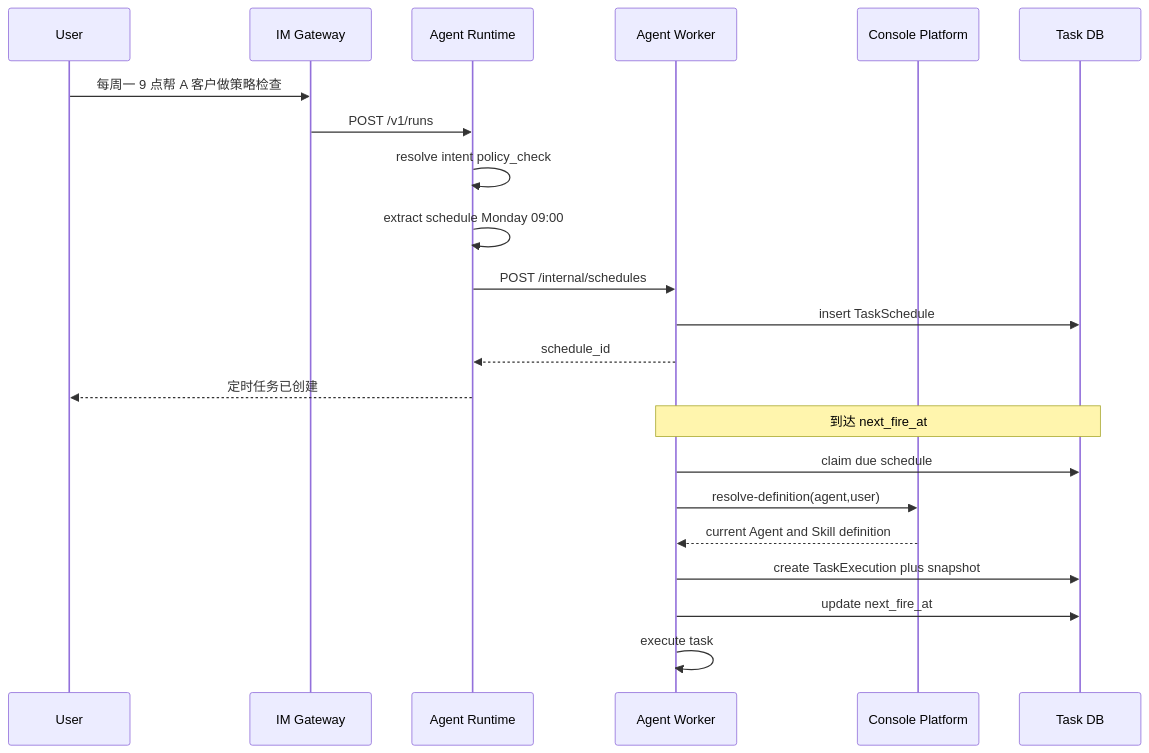
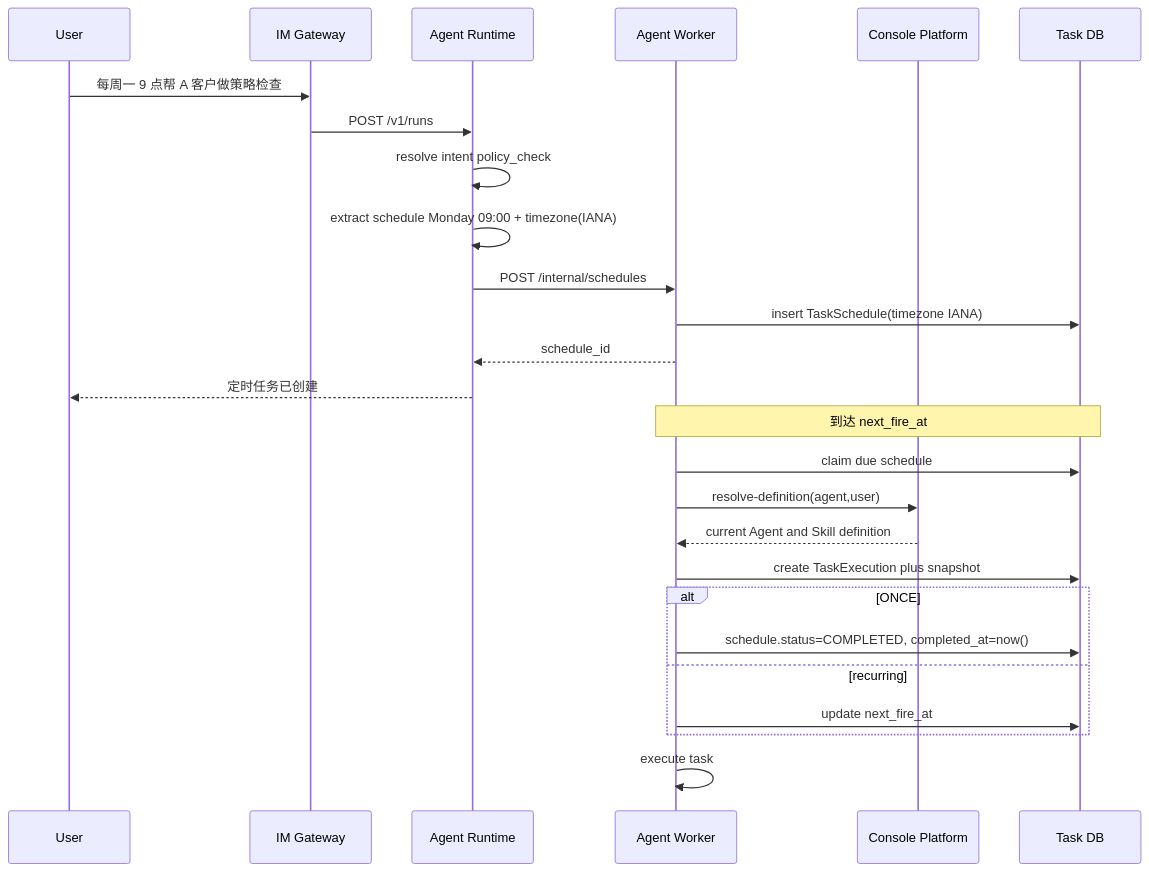
One commit to Michaelxwb/fluxion-harness changed diagram 16 of 22 in docs/08-关键流程时序与状态机详细设计.md. Above: the diagram before and after it, drawn with Mermaid. The commit also changed other lines of this file and 55 other files, not shown here.

````diff
--- a/docs/08-关键流程时序与状态机详细设计.md
+++ b/docs/08-关键流程时序与状态机详细设计.md
@@ -420,26 +441,30 @@
 ```mermaid
 sequenceDiagram
     participant U as User
     participant IG as IM Gateway
     participant AR as Agent Runtime
     participant AW as Agent Worker
     participant CP as Console Platform
     participant DB as Task DB
 
     U->>IG: 每周一 9 点帮 A 客户做策略检查
     IG->>AR: POST /v1/runs
     AR->>AR: resolve intent policy_check
-    AR->>AR: extract schedule Monday 09:00
+    AR->>AR: extract schedule Monday 09:00 + timezone(IANA)
     AR->>AW: POST /internal/schedules
-    AW->>DB: insert TaskSchedule
+    AW->>DB: insert TaskSchedule(timezone IANA)
     AW-->>AR: schedule_id
     AR-->>U: 定时任务已创建
 
     Note over AW,DB: 到达 next_fire_at
     AW->>DB: claim due schedule
     AW->>CP: resolve-definition(agent,user)
     CP-->>AW: current Agent and Skill definition
     AW->>DB: create TaskExecution plus snapshot
-    AW->>DB: update next_fire_at
+    alt ONCE
+        AW->>DB: schedule.status=COMPLETED, completed_at=now()
+    else recurring
+        AW->>DB: update next_fire_at
+    end
     AW->>AW: execute task
 ```
````
